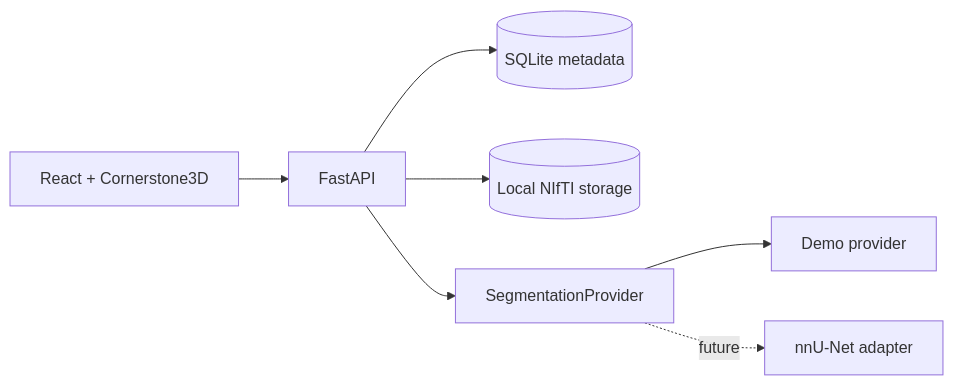
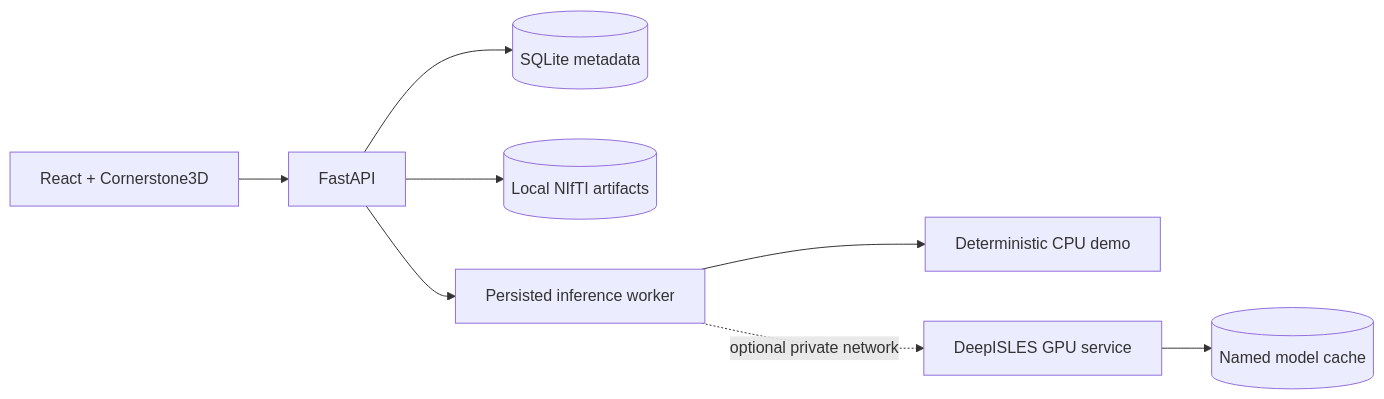
Before and after one commit to sifat371/neuroannotate: the diagram in docs/architecture.md, drawn with Mermaid. The commit also changed other lines of this file and 13 other files, not shown here.

````diff
--- a/docs/architecture.md
+++ b/docs/architecture.md
@@ -5,9 +7,10 @@
 ```mermaid
 flowchart LR
     UI[React + Cornerstone3D] --> API[FastAPI]
     API --> DB[(SQLite metadata)]
-    API --> FS[(Local NIfTI storage)]
-    API --> P[SegmentationProvider]
-    P --> D[Demo provider]
-    P -. future .-> N[nnU-Net adapter]
+    API --> FS[(Local NIfTI artifacts)]
+    API --> Q[Persisted inference worker]
+    Q --> D[Deterministic CPU demo]
+    Q -. optional private network .-> G[DeepISLES GPU service]
+    G --> MC[(Named model cache)]
 ```
````
